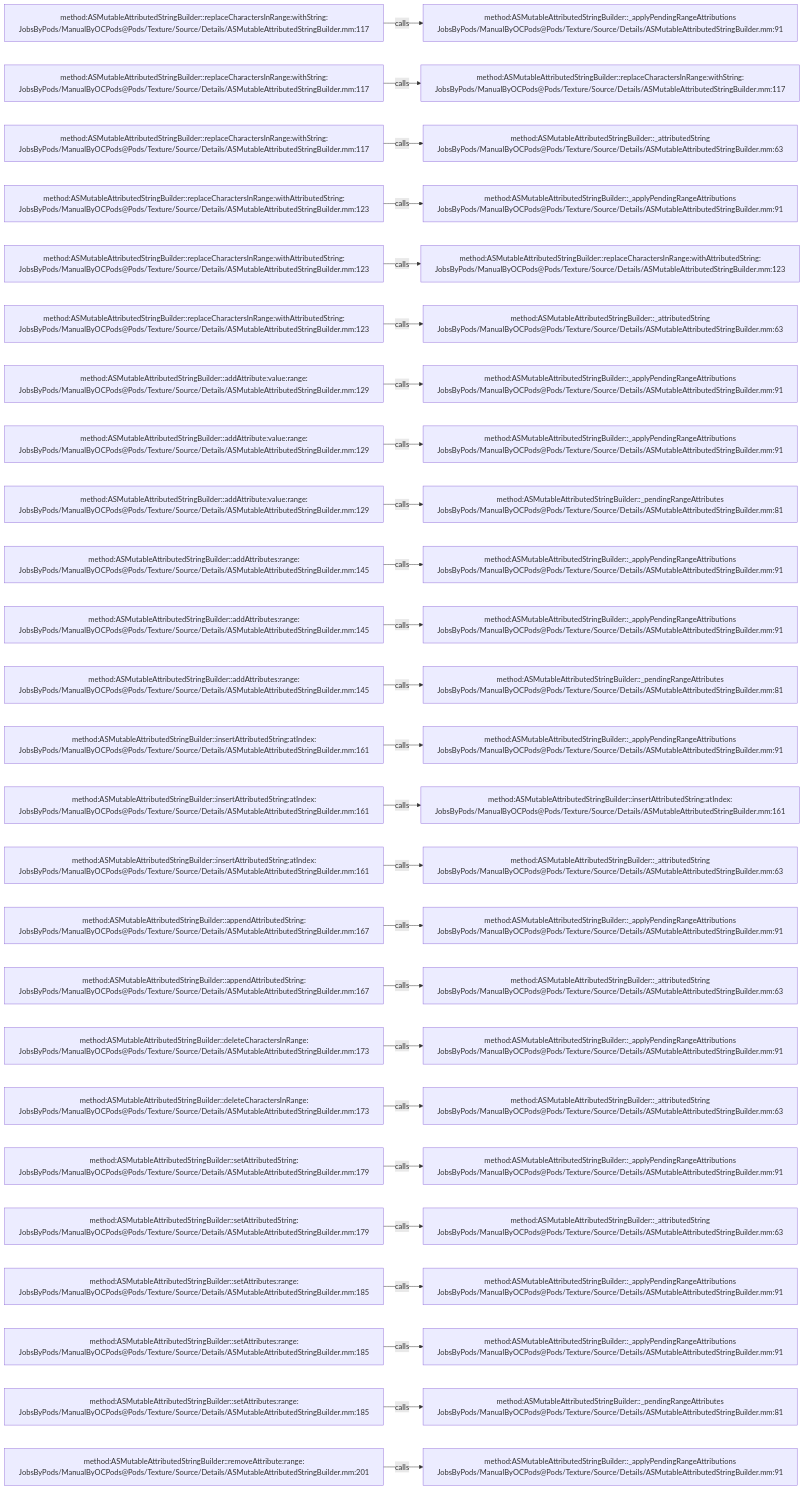
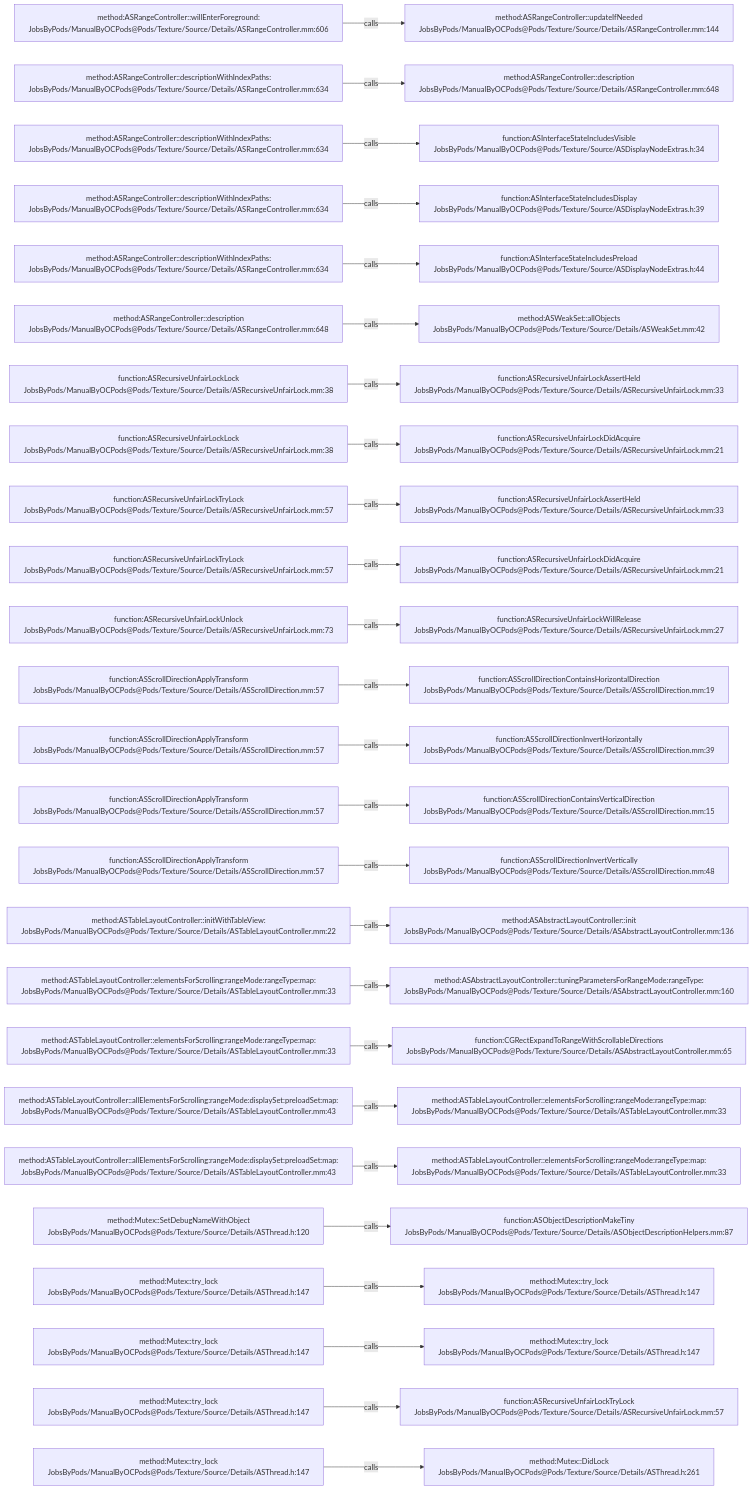
One commit to JobsKits/JobsOCBaseConfigDemo changed the diagram in .codegraph/codegraph.md/graphs/calls-167.md. Above: the diagram before and after it, drawn with Mermaid. The commit also changed 1223 other files, not shown here.

````diff
--- a/.codegraph/codegraph.md/graphs/calls-167.md
+++ b/.codegraph/codegraph.md/graphs/calls-167.md
@@ -13,78 +13,78 @@
 ```mermaid
 flowchart LR
-  S1["method:ASMutableAttributedStringBuilder::replaceCharactersInRange:withString:<br/>JobsByPods/ManualByOCPods@Pods/Texture/Source/Details/ASMutableAttributedStringBuilder.mm:117"]
-  T1["method:ASMutableAttributedStringBuilder::_applyPendingRangeAttributions<br/>JobsByPods/ManualByOCPods@Pods/Texture/Source/Details/ASMutableAttributedStringBuilder.mm:91"]
+  S1["method:ASRangeController::willEnterForeground:<br/>JobsByPods/ManualByOCPods@Pods/Texture/Source/Details/ASRangeController.mm:606"]
+  T1["method:ASRangeController::updateIfNeeded<br/>JobsByPods/ManualByOCPods@Pods/Texture/Source/Details/ASRangeController.mm:144"]
   S1 -->|calls| T1
-  S2["method:ASMutableAttributedStringBuilder::replaceCharactersInRange:withString:<br/>JobsByPods/ManualByOCPods@Pods/Texture/Source/Details/ASMutableAttributedStringBuilder.mm:117"]
-  T2["method:ASMutableAttributedStringBuilder::replaceCharactersInRange:withString:<br/>JobsByPods/ManualByOCPods@Pods/Texture/Source/Details/ASMutableAttributedStringBuilder.mm:117"]
+  S2["method:ASRangeController::descriptionWithIndexPaths:<br/>JobsByPods/ManualByOCPods@Pods/Texture/Source/Details/ASRangeController.mm:634"]
+  T2["method:ASRangeController::description<br/>JobsByPods/ManualByOCPods@Pods/Texture/Source/Details/ASRangeController.mm:648"]
   S2 -->|calls| T2
-  S3["method:ASMutableAttributedStringBuilder::replaceCharactersInRange:withString:<br/>JobsByPods/ManualByOCPods@Pods/Texture/Source/Details/ASMutableAttributedStringBuilder.mm:117"]
-  T3["method:ASMutableAttributedStringBuilder::_attributedString<br/>JobsByPods/ManualByOCPods@Pods/Texture/Source/Details/ASMutableAttributedStringBuilder.mm:63"]
+  S3["method:ASRangeController::descriptionWithIndexPaths:<br/>JobsByPods/ManualByOCPods@Pods/Texture/Source/Details/ASRangeController.mm:634"]
+  T3["function:ASInterfaceStateIncludesVisible<br/>JobsByPods/ManualByOCPods@Pods/Texture/Source/ASDisplayNodeExtras.h:34"]
   S3 -->|calls| T3
-  S4["method:ASMutableAttributedStringBuilder::replaceCharactersInRange:withAttributedString:<br/>JobsByPods/ManualByOCPods@Pods/Texture/Source/Details/ASMutableAttributedStringBuilder.mm:123"]
-  T4["method:ASMutableAttributedStringBuilder::_applyPendingRangeAttributions<br/>JobsByPods/ManualByOCPods@Pods/Texture/Source/Details/ASMutableAttributedStringBuilder.mm:91"]
+  S4["method:ASRangeController::descriptionWithIndexPaths:<br/>JobsByPods/ManualByOCPods@Pods/Texture/Source/Details/ASRangeController.mm:634"]
+  T4["function:ASInterfaceStateIncludesDisplay<br/>JobsByPods/ManualByOCPods@Pods/Texture/Source/ASDisplayNodeExtras.h:39"]
   S4 -->|calls| T4
-  S5["method:ASMutableAttributedStringBuilder::replaceCharactersInRange:withAttributedString:<br/>JobsByPods/ManualByOCPods@Pods/Texture/Source/Details/ASMutableAttributedStringBuilder.mm:123"]
-  T5["method:ASMutableAttributedStringBuilder::replaceCharactersInRange:withAttributedString:<br/>JobsByPods/ManualByOCPods@Pods/Texture/Source/Details/ASMutableAttributedStringBuilder.mm:123"]
+  S5["method:ASRangeController::descriptionWithIndexPaths:<br/>JobsByPods/ManualByOCPods@Pods/Texture/Source/Details/ASRangeController.mm:634"]
+  T5["function:ASInterfaceStateIncludesPreload<br/>JobsByPods/ManualByOCPods@Pods/Texture/Source/ASDisplayNodeExtras.h:44"]
   S5 -->|calls| T5
-  S6["method:ASMutableAttributedStringBuilder::replaceCharactersInRange:withAttributedString:<br/>JobsByPods/ManualByOCPods@Pods/Texture/Source/Details/ASMutableAttributedStringBuilder.mm:123"]
-  T6["method:ASMutableAttributedStringBuilder::_attributedString<br/>JobsByPods/ManualByOCPods@Pods/Texture/Source/Details/ASMutableAttributedStringBuilder.mm:63"]
+  S6["method:ASRangeController::description<br/>JobsByPods/ManualByOCPods@Pods/Texture/Source/Details/ASRangeController.mm:648"]
+  T6["method:ASWeakSet::allObjects<br/>JobsByPods/ManualByOCPods@Pods/Texture/Source/Details/ASWeakSet.mm:42"]
   S6 -->|calls| T6
-  S7["method:ASMutableAttributedStringBuilder::addAttribute:value:range:<br/>JobsByPods/ManualByOCPods@Pods/Texture/Source/Details/ASMutableAttributedStringBuilder.mm:129"]
-  T7["method:ASMutableAttributedStringBuilder::_applyPendingRangeAttributions<br/>JobsByPods/ManualByOCPods@Pods/Texture/Source/Details/ASMutableAttributedStringBuilder.mm:91"]
+  S7["function:ASRecursiveUnfairLockLock<br/>JobsByPods/ManualByOCPods@Pods/Texture/Source/Details/ASRecursiveUnfairLock.mm:38"]
+  T7["function:ASRecursiveUnfairLockAssertHeld<br/>JobsByPods/ManualByOCPods@Pods/Texture/Source/Details/ASRecursiveUnfairLock.mm:33"]
   S7 -->|calls| T7
-  S8["method:ASMutableAttributedStringBuilder::addAttribute:value:range:<br/>JobsByPods/ManualByOCPods@Pods/Texture/Source/Details/ASMutableAttributedStringBuilder.mm:129"]
-  T8["method:ASMutableAttributedStringBuilder::_applyPendingRangeAttributions<br/>JobsByPods/ManualByOCPods@Pods/Texture/Source/Details/ASMutableAttributedStringBuilder.mm:91"]
+  S8["function:ASRecursiveUnfairLockLock<br/>JobsByPods/ManualByOCPods@Pods/Texture/Source/Details/ASRecursiveUnfairLock.mm:38"]
+  T8["function:ASRecursiveUnfairLockDidAcquire<br/>JobsByPods/ManualByOCPods@Pods/Texture/Source/Details/ASRecursiveUnfairLock.mm:21"]
   S8 -->|calls| T8
-  S9["method:ASMutableAttributedStringBuilder::addAttribute:value:range:<br/>JobsByPods/ManualByOCPods@Pods/Texture/Source/Details/ASMutableAttributedStringBuilder.mm:129"]
-  T9["method:ASMutableAttributedStringBuilder::_pendingRangeAttributes<br/>JobsByPods/ManualByOCPods@Pods/Texture/Source/Details/ASMutableAttributedStringBuilder.mm:81"]
+  S9["function:ASRecursiveUnfairLockTryLock<br/>JobsByPods/ManualByOCPods@Pods/Texture/Source/Details/ASRecursiveUnfairLock.mm:57"]
+  T9["function:ASRecursiveUnfairLockAssertHeld<br/>JobsByPods/ManualByOCPods@Pods/Texture/Source/Details/ASRecursiveUnfairLock.mm:33"]
   S9 -->|calls| T9
-  S10["method:ASMutableAttributedStringBuilder::addAttributes:range:<br/>JobsByPods/ManualByOCPods@Pods/Texture/Source/Details/ASMutableAttributedStringBuilder.mm:145"]
-  T10["method:ASMutableAttributedStringBuilder::_applyPendingRangeAttributions<br/>JobsByPods/ManualByOCPods@Pods/Texture/Source/Details/ASMutableAttributedStringBuilder.mm:91"]
+  S10["function:ASRecursiveUnfairLockTryLock<br/>JobsByPods/ManualByOCPods@Pods/Texture/Source/Details/ASRecursiveUnfairLock.mm:57"]
+  T10["function:ASRecursiveUnfairLockDidAcquire<br/>JobsByPods/ManualByOCPods@Pods/Texture/Source/Details/ASRecursiveUnfairLock.mm:21"]
   S10 -->|calls| T10
-  S11["method:ASMutableAttributedStringBuilder::addAttributes:range:<br/>JobsByPods/ManualByOCPods@Pods/Texture/Source/Details/ASMutableAttributedStringBuilder.mm:145"]
-  T11["method:ASMutableAttributedStringBuilder::_applyPendingRangeAttributions<br/>JobsByPods/ManualByOCPods@Pods/Texture/Source/Details/ASMutableAttributedStringBuilder.mm:91"]
+  S11["function:ASRecursiveUnfairLockUnlock<br/>JobsByPods/ManualByOCPods@Pods/Texture/Source/Details/ASRecursiveUnfairLock.mm:73"]
+  T11["function:ASRecursiveUnfairLockWillRelease<br/>JobsByPods/ManualByOCPods@Pods/Texture/Source/Details/ASRecursiveUnfairLock.mm:27"]
   S11 -->|calls| T11
-  S12["method:ASMutableAttributedStringBuilder::addAttributes:range:<br/>JobsByPods/ManualByOCPods@Pods/Texture/Source/Details/ASMutableAttributedStringBuilder.mm:145"]
-  T12["method:ASMutableAttributedStringBuilder::_pendingRangeAttributes<br/>JobsByPods/ManualByOCPods@Pods/Texture/Source/Details/ASMutableAttributedStringBuilder.mm:81"]
+  S12["function:ASScrollDirectionApplyTransform<br/>JobsByPods/ManualByOCPods@Pods/Texture/Source/Details/ASScrollDirection.mm:57"]
+  T12["function:ASScrollDirectionContainsHorizontalDirection<br/>JobsByPods/ManualByOCPods@Pods/Texture/Source/Details/ASScrollDirection.mm:19"]
   S12 -->|calls| T12
-  S13["method:ASMutableAttributedStringBuilder::insertAttributedString:atIndex:<br/>JobsByPods/ManualByOCPods@Pods/Texture/Source/Details/ASMutableAttributedStringBuilder.mm:161"]
-  T13["method:ASMutableAttributedStringBuilder::_applyPendingRangeAttributions<br/>JobsByPods/ManualByOCPods@Pods/Texture/Source/Details/ASMutableAttributedStringBuilder.mm:91"]
+  S13["function:ASScrollDirectionApplyTransform<br/>JobsByPods/ManualByOCPods@Pods/Texture/Source/Details/ASScrollDirection.mm:57"]
+  T13["function:ASScrollDirectionInvertHorizontally<br/>JobsByPods/ManualByOCPods@Pods/Texture/Source/Details/ASScrollDirection.mm:39"]
   S13 -->|calls| T13
-  S14["method:ASMutableAttributedStringBuilder::insertAttributedString:atIndex:<br/>JobsByPods/ManualByOCPods@Pods/Texture/Source/Details/ASMutableAttributedStringBuilder.mm:161"]
-  T14["method:ASMutableAttributedStringBuilder::insertAttributedString:atIndex:<br/>JobsByPods/ManualByOCPods@Pods/Texture/Source/Details/ASMutableAttributedStringBuilder.mm:161"]
+  S14["function:ASScrollDirectionApplyTransform<br/>JobsByPods/ManualByOCPods@Pods/Texture/Source/Details/ASScrollDirection.mm:57"]
+  T14["function:ASScrollDirectionContainsVerticalDirection<br/>JobsByPods/ManualByOCPods@Pods/Texture/Source/Details/ASScrollDirection.mm:15"]
   S14 -->|calls| T14
-  S15["method:ASMutableAttributedStringBuilder::insertAttributedString:atIndex:<br/>JobsByPods/ManualByOCPods@Pods/Texture/Source/Details/ASMutableAttributedStringBuilder.mm:161"]
-  T15["method:ASMutableAttributedStringBuilder::_attributedString<br/>JobsByPods/ManualByOCPods@Pods/Texture/Source/Details/ASMutableAttributedStringBuilder.mm:63"]
+  S15["function:ASScrollDirectionApplyTransform<br/>JobsByPods/ManualByOCPods@Pods/Texture/Source/Details/ASScrollDirection.mm:57"]
+  T15["function:ASScrollDirectionInvertVertically<br/>JobsByPods/ManualByOCPods@Pods/Texture/Source/Details/ASScrollDirection.mm:48"]
   S15 -->|calls| T15
-  S16["method:ASMutableAttributedStringBuilder::appendAttributedString:<br/>JobsByPods/ManualByOCPods@Pods/Texture/Source/Details/ASMutableAttributedStringBuilder.mm:167"]
-  T16["method:ASMutableAttributedStringBuilder::_applyPendingRangeAttributions<br/>JobsByPods/ManualByOCPods@Pods/Texture/Source/Details/ASMutableAttributedStringBuilder.mm:91"]
+  S16["method:ASTableLayoutController::initWithTableView:<br/>JobsByPods/ManualByOCPods@Pods/Texture/Source/Details/ASTableLayoutController.mm:22"]
+  T16["method:ASAbstractLayoutController::init<br/>JobsByPods/ManualByOCPods@Pods/Texture/Source/Details/ASAbstractLayoutController.mm:136"]
   S16 -->|calls| T16
-  S17["method:ASMutableAttributedStringBuilder::appendAttributedString:<br/>JobsByPods/ManualByOCPods@Pods/Texture/Source/Details/ASMutableAttributedStringBuilder.mm:167"]
-  T17["method:ASMutableAttributedStringBuilder::_attributedString<br/>JobsByPods/ManualByOCPods@Pods/Texture/Source/Details/ASMutableAttributedStringBuilder.mm:63"]
+  S17["method:ASTableLayoutController::elementsForScrolling:rangeMode:rangeType:map:<br/>JobsByPods/ManualByOCPods@Pods/Texture/Source/Details/ASTableLayoutController.mm:33"]
+  T17["method:ASAbstractLayoutController::tuningParametersForRangeMode:rangeType:<br/>JobsByPods/ManualByOCPods@Pods/Texture/Source/Details/ASAbstractLayoutController.mm:160"]
   S17 -->|calls| T17
-  S18["method:ASMutableAttributedStringBuilder::deleteCharactersInRange:<br/>JobsByPods/ManualByOCPods@Pods/Texture/Source/Details/ASMutableAttributedStringBuilder.mm:173"]
-  T18["method:ASMutableAttributedStringBuilder::_applyPendingRangeAttributions<br/>JobsByPods/ManualByOCPods@Pods/Texture/Source/Details/ASMutableAttributedStringBuilder.mm:91"]
+  S18["method:ASTableLayoutController::elementsForScrolling:rangeMode:rangeType:map:<br/>JobsByPods/ManualByOCPods@Pods/Texture/Source/Details/ASTableLayoutController.mm:33"]
+  T18["function:CGRectExpandToRangeWithScrollableDirections<br/>JobsByPods/ManualByOCPods@Pods/Texture/Source/Details/ASAbstractLayoutController.mm:65"]
   S18 -->|calls| T18
-  S19["method:ASMutableAttributedStringBuilder::deleteCharactersInRange:<br/>JobsByPods/ManualByOCPods@Pods/Texture/Source/Details/ASMutableAttributedStringBuilder.mm:173"]
-  T19["method:ASMutableAttributedStringBuilder::_attributedString<br/>JobsByPods/ManualByOCPods@Pods/Texture/Source/Details/ASMutableAttributedStringBuilder.mm:63"]
+  S19["method:ASTableLayoutController::allElementsForScrolling:rangeMode:displaySet:preloadSet:map:<br/>JobsByPods/ManualByOCPods@Pods/Texture/Source/Details/ASTableLayoutController.mm:43"]
+  T19["method:ASTableLayoutController::elementsForScrolling:rangeMode:rangeType:map:<br/>JobsByPods/ManualByOCPods@Pods/Texture/Source/Details/ASTableLayoutController.mm:33"]
   S19 -->|calls| T19
-  S20["method:ASMutableAttributedStringBuilder::setAttributedString:<br/>JobsByPods/ManualByOCPods@Pods/Texture/Source/Details/ASMutableAttributedStringBuilder.mm:179"]
-  T20["method:ASMutableAttributedStringBuilder::_applyPendingRangeAttributions<br/>JobsByPods/ManualByOCPods@Pods/Texture/Source/Details/ASMutableAttributedStringBuilder.mm:91"]
+  S20["method:ASTableLayoutController::allElementsForScrolling:rangeMode:displaySet:preloadSet:map:<br/>JobsByPods/ManualByOCPods@Pods/Texture/Source/Details/ASTableLayoutController.mm:43"]
+  T20["method:ASTableLayoutController::elementsForScrolling:rangeMode:rangeType:map:<br/>JobsByPods/ManualByOCPods@Pods/Texture/Source/Details/ASTableLayoutController.mm:33"]
   S20 -->|calls| T20
-  S21["method:ASMutableAttributedStringBuilder::setAttributedString:<br/>JobsByPods/ManualByOCPods@Pods/Texture/Source/Details/ASMutableAttributedStringBuilder.mm:179"]
-  T21["method:ASMutableAttributedStringBuilder::_attributedString<br/>JobsByPods/ManualByOCPods@Pods/Texture/Source/Details/ASMutableAttributedStringBuilder.mm:63"]
+  S21["method:Mutex::SetDebugNameWithObject<br/>JobsByPods/ManualByOCPods@Pods/Texture/Source/Details/ASThread.h:120"]
+  T21["function:ASObjectDescriptionMakeTiny<br/>JobsByPods/ManualByOCPods@Pods/Texture/Source/Details/ASObjectDescriptionHelpers.mm:87"]
   S21 -->|calls| T21
-  S22["method:ASMutableAttributedStringBuilder::setAttributes:range:<br/>JobsByPods/ManualByOCPods@Pods/Texture/Source/Details/ASMutableAttributedStringBuilder.mm:185"]
-  T22["method:ASMutableAttributedStringBuilder::_applyPendingRangeAttributions<br/>JobsByPods/ManualByOCPods@Pods/Texture/Source/Details/ASMutableAttributedStringBuilder.mm:91"]
+  S22["method:Mutex::try_lock<br/>JobsByPods/ManualByOCPods@Pods/Texture/Source/Details/ASThread.h:147"]
+  T22["method:Mutex::try_lock<br/>JobsByPods/ManualByOCPods@Pods/Texture/Source/Details/ASThread.h:147"]
   S22 -->|calls| T22
-  S23["method:ASMutableAttributedStringBuilder::setAttributes:range:<br/>JobsByPods/ManualByOCPods@Pods/Texture/Source/Details/ASMutableAttributedStringBuilder.mm:185"]
-  T23["method:ASMutableAttributedStringBuilder::_applyPendingRangeAttributions<br/>JobsByPods/ManualByOCPods@Pods/Texture/Source/Details/ASMutableAttributedStringBuilder.mm:91"]
+  S23["method:Mutex::try_lock<br/>JobsByPods/ManualByOCPods@Pods/Texture/Source/Details/ASThread.h:147"]
+  T23["method:Mutex::try_lock<br/>JobsByPods/ManualByOCPods@Pods/Texture/Source/Details/ASThread.h:147"]
   S23 -->|calls| T23
-  S24["method:ASMutableAttributedStringBuilder::setAttributes:range:<br/>JobsByPods/ManualByOCPods@Pods/Texture/Source/Details/ASMutableAttributedStringBuilder.mm:185"]
-  T24["method:ASMutableAttributedStringBuilder::_pendingRangeAttributes<br/>JobsByPods/ManualByOCPods@Pods/Texture/Source/Details/ASMutableAttributedStringBuilder.mm:81"]
+  S24["method:Mutex::try_lock<br/>JobsByPods/ManualByOCPods@Pods/Texture/Source/Details/ASThread.h:147"]
+  T24["function:ASRecursiveUnfairLockTryLock<br/>JobsByPods/ManualByOCPods@Pods/Texture/Source/Details/ASRecursiveUnfairLock.mm:57"]
   S24 -->|calls| T24
-  S25["method:ASMutableAttributedStringBuilder::removeAttribute:range:<br/>JobsByPods/ManualByOCPods@Pods/Texture/Source/Details/ASMutableAttributedStringBuilder.mm:201"]
-  T25["method:ASMutableAttributedStringBuilder::_applyPendingRangeAttributions<br/>JobsByPods/ManualByOCPods@Pods/Texture/Source/Details/ASMutableAttributedStringBuilder.mm:91"]
+  S25["method:Mutex::try_lock<br/>JobsByPods/ManualByOCPods@Pods/Texture/Source/Details/ASThread.h:147"]
+  T25["method:Mutex::DidLock<br/>JobsByPods/ManualByOCPods@Pods/Texture/Source/Details/ASThread.h:261"]
   S25 -->|calls| T25
 ```
````
